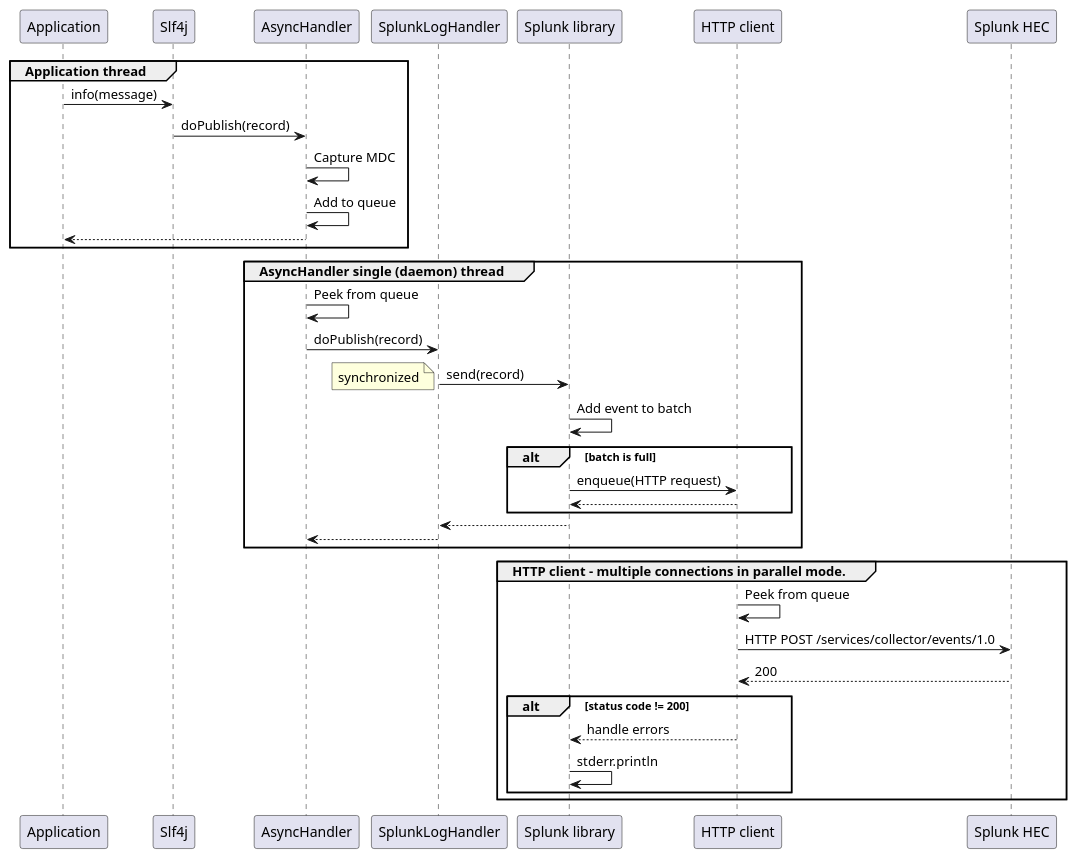
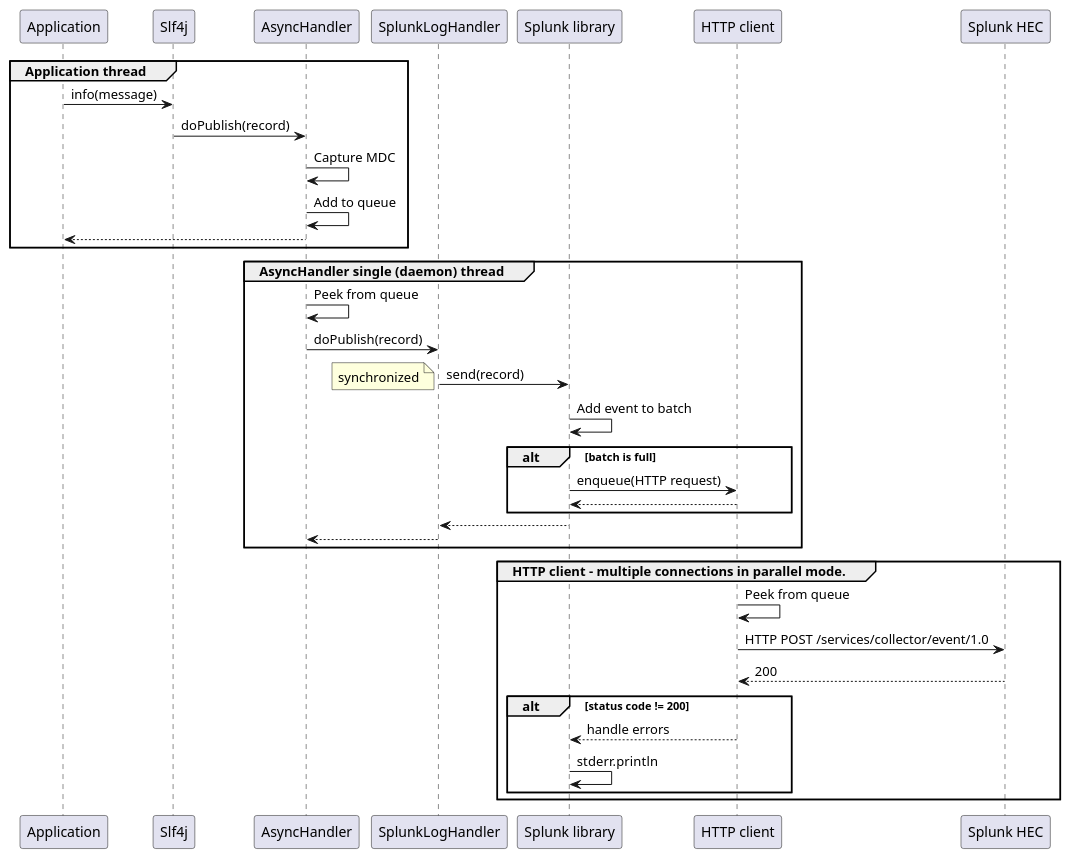
One commit to quarkiverse/quarkus-logging-splunk changed the second of 2 diagrams in docs/modules/ROOT/pages/index.adoc. Above: the diagram before and after it, drawn with PlantUML. The commit also changed other lines of this file and 7 other files, not shown here.

```diff
--- a/docs/modules/ROOT/pages/index.adoc
+++ b/docs/modules/ROOT/pages/index.adoc
@@ -186,44 +189,44 @@
 [plantuml, async, format=svg]
 ....
 participant "Application" as App
 participant Slf4j
 participant AsyncHandler
 participant SplunkLogHandler
 participant "Splunk library" as Lib
 participant "HTTP client" as OkHttp
 participant "Splunk HEC" as HEC
 
 group Application thread
 App -> Slf4j: info(message)
 Slf4j -> AsyncHandler: doPublish(record)
 AsyncHandler -> AsyncHandler: Capture MDC
 AsyncHandler -> AsyncHandler: Add to queue
 AsyncHandler --> App
 end
 
 group AsyncHandler single (daemon) thread
 AsyncHandler -> AsyncHandler: Peek from queue
 AsyncHandler -> SplunkLogHandler: doPublish(record)
 SplunkLogHandler -> Lib: send(record)
 note left
   synchronized
 end note
 Lib -> Lib: Add event to batch
 alt batch is full
 Lib -> OkHttp: enqueue(HTTP request)
 OkHttp --> Lib
 end
 Lib --> SplunkLogHandler
 SplunkLogHandler --> AsyncHandler
 
 end
 group HTTP client - multiple connections in parallel mode.
 OkHttp -> OkHttp: Peek from queue
-OkHttp -> HEC: HTTP POST /services/collector/events/1.0
+OkHttp -> HEC: HTTP POST /services/collector/event/1.0
 HEC --> OkHttp: 200
 alt status code != 200
 OkHttp --> Lib: handle errors
 Lib -> Lib: stderr.println
 end
 end
 ....
```
